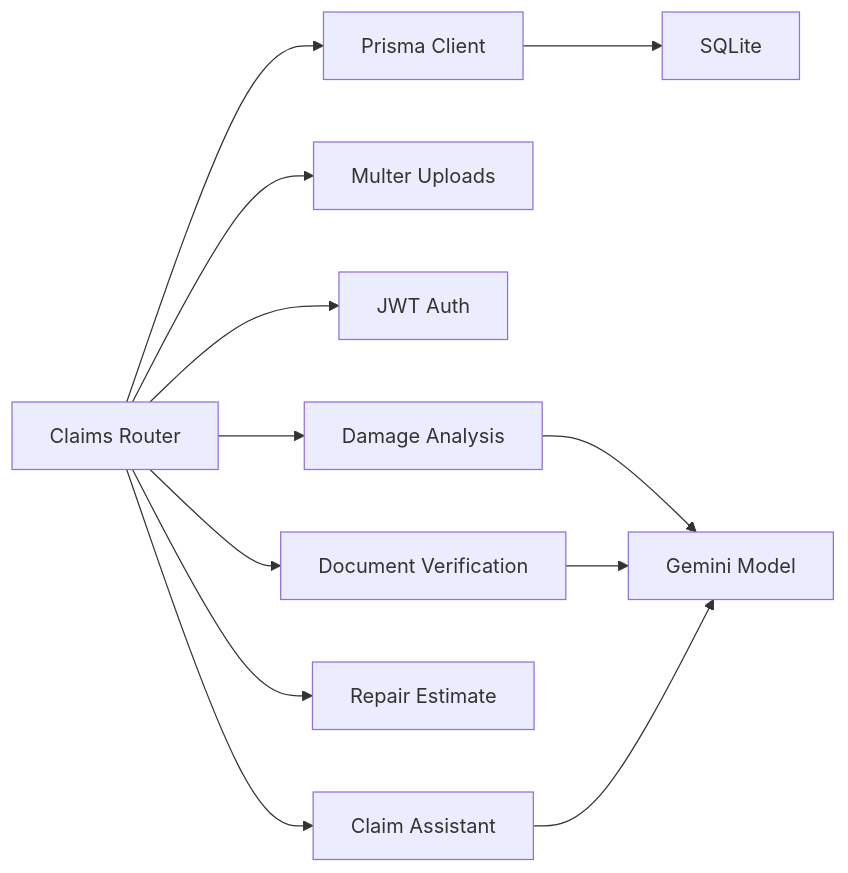
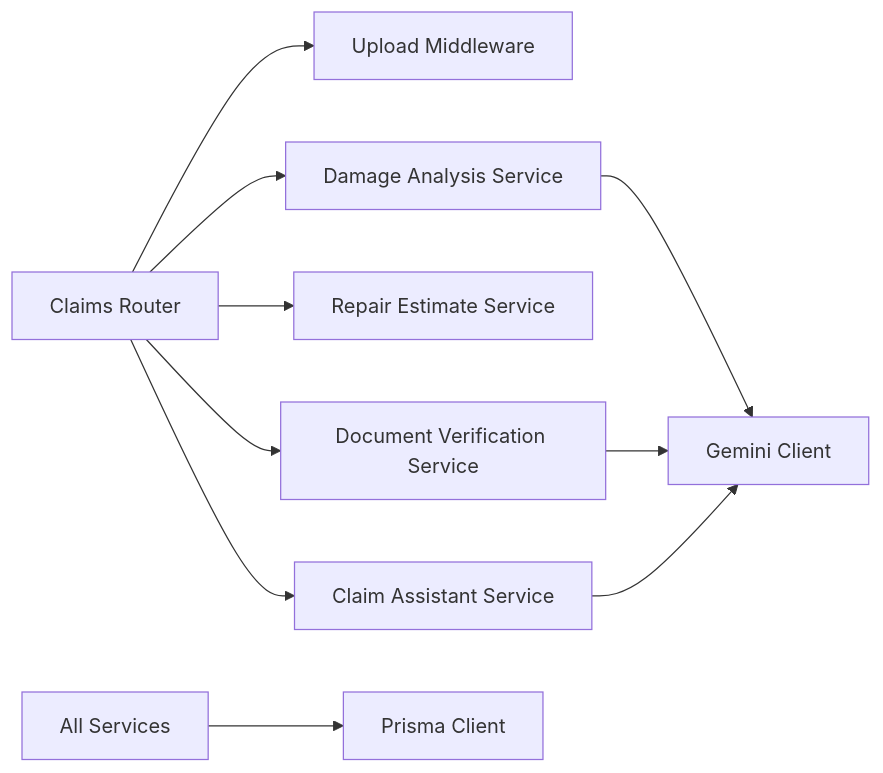
One commit to NaveenHiranya/Smart-Vehicle-Insurance-Claim-System changed the seventh of 7 diagrams in .qoder/repowiki/en/content/API Reference/Claims API.md. Above: the diagram before and after it, drawn with Mermaid. The commit also changed other lines of this file and 183 other files, not shown here.

````diff
--- a/.qoder/repowiki/en/content/API Reference/Claims API.md
+++ b/.qoder/repowiki/en/content/API Reference/Claims API.md
@@ -403,14 +664,12 @@
 ```mermaid
 graph LR
-Router["Claims Router"] --> Prisma["Prisma Client"]
-Router --> Multer["Multer Uploads"]
-Router --> Auth["JWT Auth"]
-Router --> DamageSvc["Damage Analysis"]
-Router --> DocSvc["Document Verification"]
-Router --> EstimateSvc["Repair Estimate"]
-Router --> ChatSvc["Claim Assistant"]
-DamageSvc --> Gemini["Gemini Model"]
-DocSvc --> Gemini
-ChatSvc --> Gemini
-Prisma --> DB["SQLite"]
+ClaimsRouter["Claims Router"] --> UploadMW["Upload Middleware"]
+ClaimsRouter --> DAS["Damage Analysis Service"]
+ClaimsRouter --> RES["Repair Estimate Service"]
+ClaimsRouter --> DVS["Document Verification Service"]
+ClaimsRouter --> CAS["Claim Assistant Service"]
+DAS --> Gemini["Gemini Client"]
+DVS --> Gemini
+CAS --> Gemini
+All["All Services"] --> Prisma["Prisma Client"]
 ```
````
